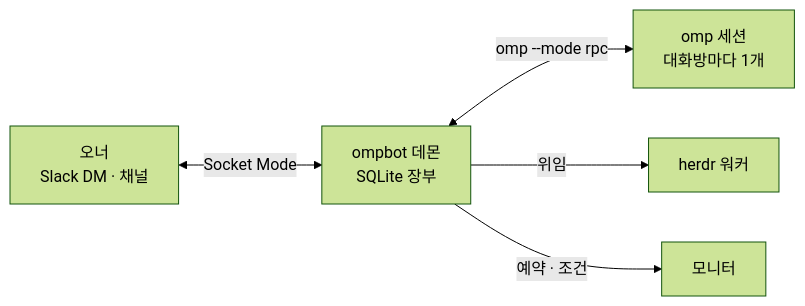
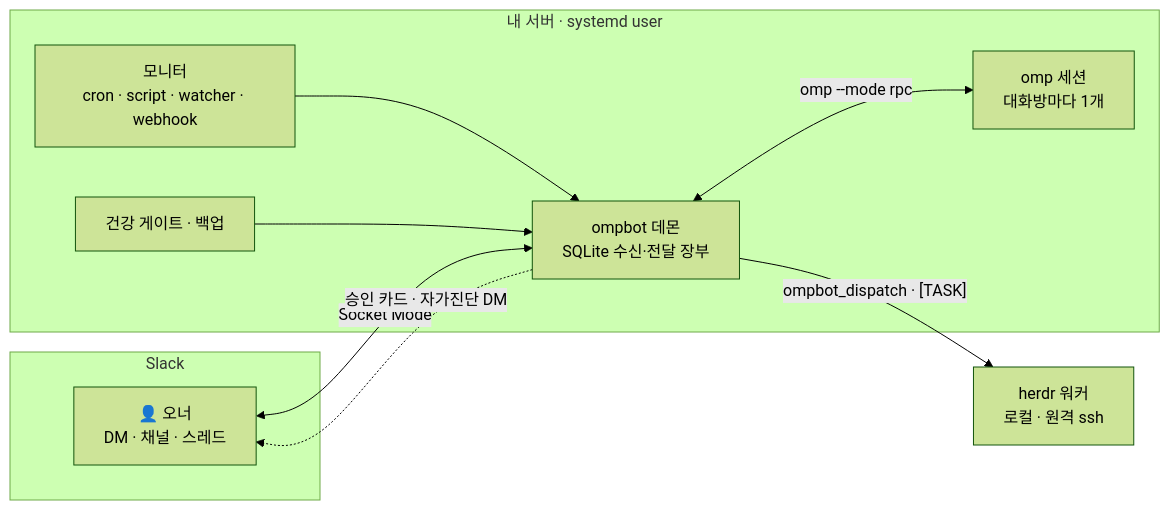
Before and after one commit to gimso2x/ompbot: the diagram in README.md, drawn with Mermaid (forest theme). The commit also changed other lines of this file, not shown here.

````diff
--- a/README.md
+++ b/README.md
@@ -23,7 +62,19 @@
 ```mermaid
 flowchart LR
-  O["오너<br/>Slack DM · 채널"] <-->|Socket Mode| D["ompbot 데몬<br/>SQLite 장부"]
-  D <-->|"omp --mode rpc"| S["omp 세션<br/>대화방마다 1개"]
-  D -->|위임| W["herdr 워커"]
-  D -->|예약 · 조건| M["모니터"]
+  subgraph Slack
+    O["👤 오너<br/>DM · 채널 · 스레드"]
+  end
+  subgraph Host["내 서버 · systemd user"]
+    D["ompbot 데몬<br/>SQLite 수신·전달 장부"]
+    S["omp 세션<br/>대화방마다 1개"]
+    M["모니터<br/>cron · script · watcher · webhook"]
+    G["건강 게이트 · 백업"]
+  end
+  W["herdr 워커<br/>로컬 · 원격 ssh"]
+  O <-->|Socket Mode| D
+  D <-->|"omp --mode rpc"| S
+  M --> D
+  G --> D
+  D -->|"ompbot_dispatch · [TASK]"| W
+  D -.->|"승인 카드 · 자가진단 DM"| O
 ```
````
